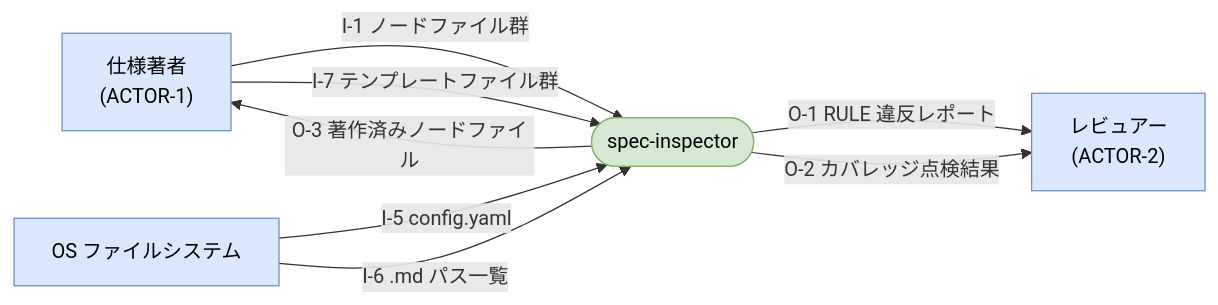
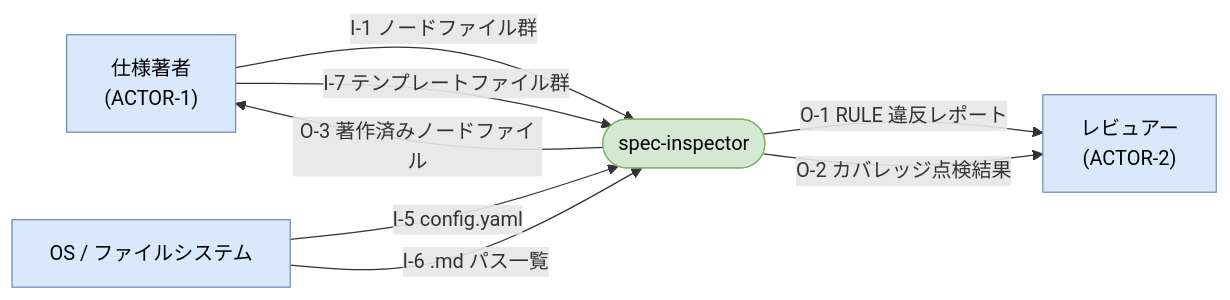
One commit to hiratashinnya/review-system changed the first of 5 diagrams in doc-system/03-analysis/00-dfd.md. Above: the diagram before and after it, drawn with Mermaid. The commit also changed other lines of this file, not shown here.

````diff
--- a/doc-system/03-analysis/00-dfd.md
+++ b/doc-system/03-analysis/00-dfd.md
@@ -17,20 +18,18 @@
 ```mermaid
 flowchart LR
-  classDef actor fill:#dae8fc,stroke:#6c8ebf,color:#000
-  classDef sys   fill:#d5e8d4,stroke:#82b366,color:#000
-  classDef idata fill:#fff2cc,stroke:#d6b656,color:#000
-  classDef odata fill:#f8cecc,stroke:#b85450,color:#000
+  classDef ext fill:#dae8fc,stroke:#6c8ebf,color:#000
+  classDef sys fill:#d5e8d4,stroke:#82b366,color:#000
 
-  ACTOR1["仕様著者\n(ACTOR-1)"]:::actor
-  ACTOR2["レビュアー\n(ACTOR-2)"]:::actor
-  FS["OS ファイルシステム"]:::actor
+  ACTOR1["仕様著者\n(ACTOR-1)"]:::ext
+  ACTOR2["レビュアー\n(ACTOR-2)"]:::ext
+  FS["OS / ファイルシステム"]:::ext
   SYS(["spec-inspector"]):::sys
 
   ACTOR1 -->|"I-1 ノードファイル群"| SYS
   ACTOR1 -->|"I-7 テンプレートファイル群"| SYS
   FS      -->|"I-5 config.yaml"| SYS
   FS      -->|"I-6 .md パス一覧"| SYS
-  SYS -->|"O-1 RULE 違反レポート"| ACTOR2
-  SYS -->|"O-2 カバレッジ点検結果"| ACTOR2
-  SYS -->|"O-3 著作済みノードファイル"| ACTOR1
+  SYS     -->|"O-1 RULE 違反レポート"| ACTOR2
+  SYS     -->|"O-2 カバレッジ点検結果"| ACTOR2
+  SYS     -->|"O-3 著作済みノードファイル"| ACTOR1
 ```
````
